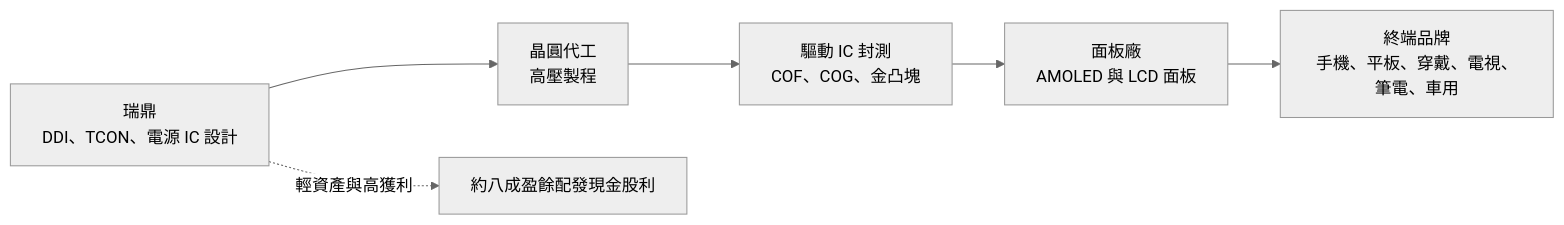
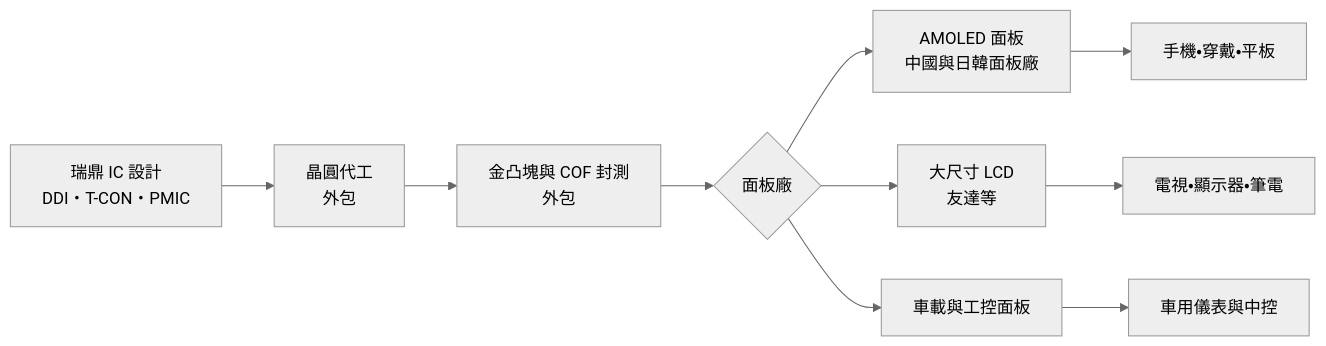
Before and after one commit to wangnick1004/taiwan-stock-vault: the second of 4 diagrams in 個股/台股/3592瑞鼎.md, drawn with Mermaid (neutral theme). The commit also changed other lines of this file and 88 other files, not shown here.

````diff
--- a/個股/台股/3592瑞鼎.md
+++ b/個股/台股/3592瑞鼎.md
@@ -68,8 +69,12 @@
 ```mermaid
 flowchart LR
-    A[瑞鼎<br/>DDI、TCON、電源 IC 設計] --> B[晶圓代工<br/>高壓製程]
-    B --> C["驅動 IC 封測<br/>COF、COG、金凸塊"]
-    C --> D["面板廠<br/>AMOLED 與 LCD 面板"]
-    D --> E["終端品牌<br/>手機、平板、穿戴、電視、筆電、車用"]
-    A -. 輕資產與高獲利 .-> F[約八成盈餘配發現金股利]
+    A[瑞鼎 IC 設計<br/>DDI・T-CON・PMIC] --> B[晶圓代工<br/>外包]
+    B --> C["金凸塊與 COF 封測<br/>外包"]
+    C --> D{面板廠}
+    D --> E[AMOLED 面板<br/>中國與日韓面板廠]
+    D --> F[大尺寸 LCD<br/>友達等]
+    D --> G[車載與工控面板]
+    E --> H[手機・穿戴・平板]
+    F --> I[電視・顯示器・筆電]
+    G --> J[車用儀表與中控]
 ```
````
